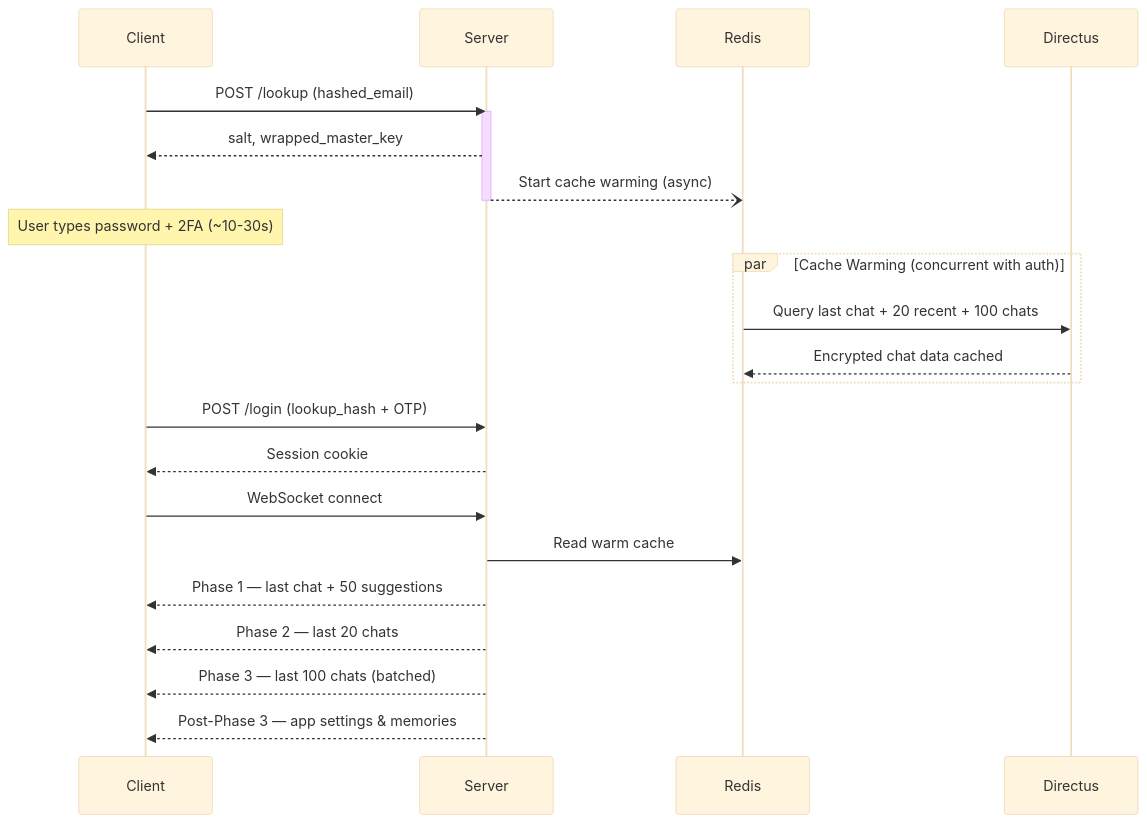
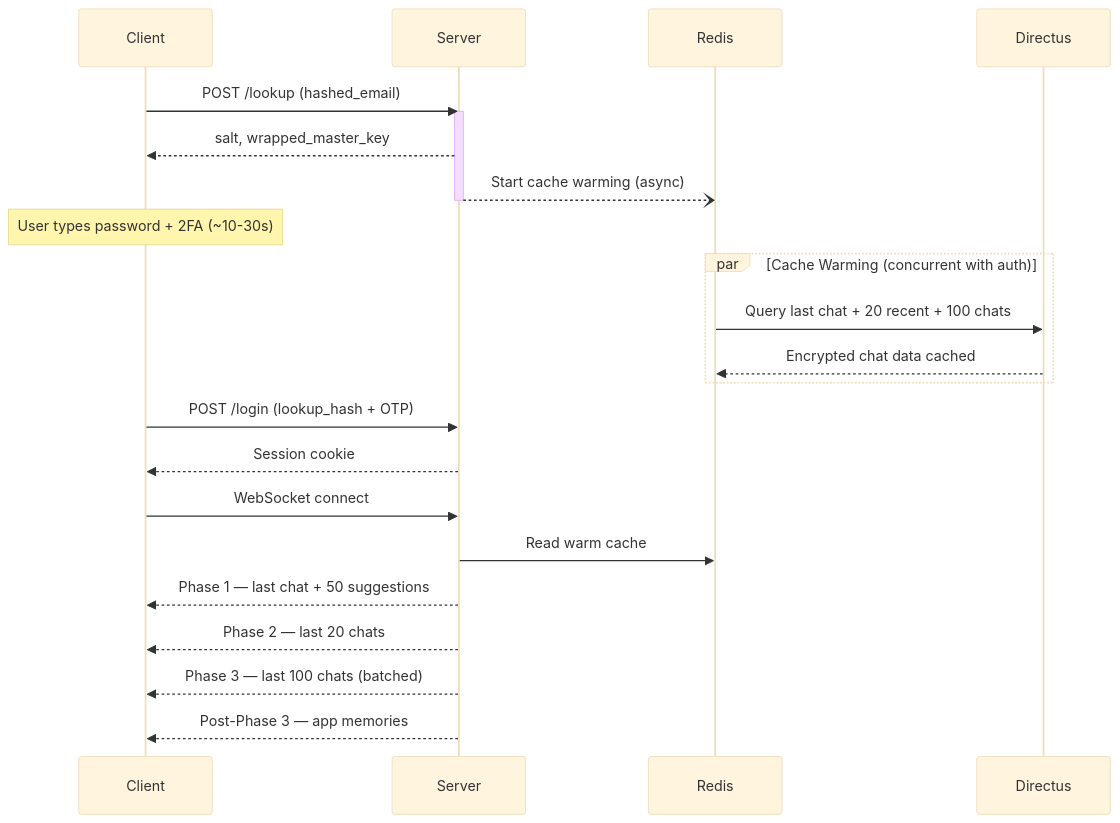
The diagram in docs/architecture/data/sync.md (glowingkitty/OpenMates), drawn with Mermaid (base theme) before and after one commit. The commit also changed other lines of this file and 131 other files, not shown here.

````diff
--- a/docs/architecture/data/sync.md
+++ b/docs/architecture/data/sync.md
@@ -31,30 +31,30 @@
 ```mermaid
 sequenceDiagram
     participant C as Client
     participant S as Server
     participant R as Redis
     participant D as Directus
 
     C->>S: POST /lookup (hashed_email)
     activate S
     S-->>C: salt, wrapped_master_key
     S--)R: Start cache warming (async)
     deactivate S
 
     Note over C: User types password + 2FA (~10-30s)
 
     par Cache Warming (concurrent with auth)
         R->>D: Query last chat + 20 recent + 100 chats
         D-->>R: Encrypted chat data cached
     end
 
     C->>S: POST /login (lookup_hash + OTP)
     S-->>C: Session cookie
 
     C->>S: WebSocket connect
     S->>R: Read warm cache
     S-->>C: Phase 1 — last chat + 50 suggestions
     S-->>C: Phase 2 — last 20 chats
     S-->>C: Phase 3 — last 100 chats (batched)
-    S-->>C: Post-Phase 3 — app settings & memories
+    S-->>C: Post-Phase 3 — app memories
 ```
````
